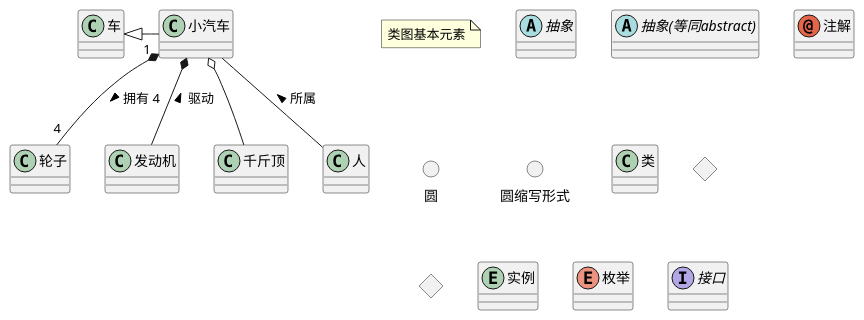
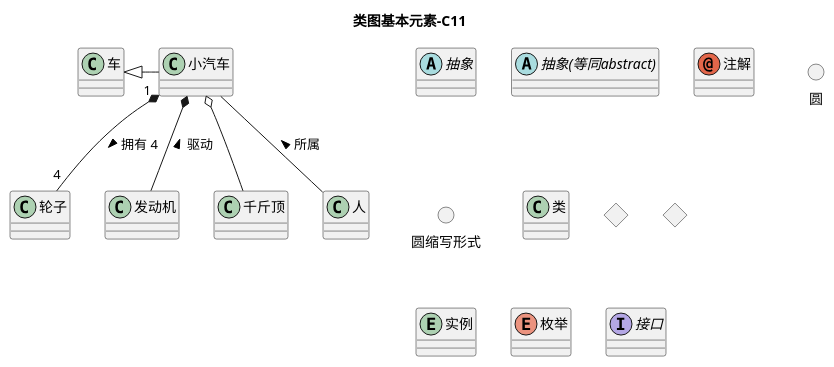
Before and after one commit to securitgithub/plantumlforvscode: the sixth of 24 diagrams in README.md, drawn with PlantUML. The commit also changed other lines of this file and 6 other files, not shown here.

````diff
--- a/README.md
+++ b/README.md
@@ -272,23 +273,23 @@
 ```plantuml
 @startuml
-note "类图基本元素" as C1
+title 类图基本元素-C11
 
 abstract        抽象
 abstract class  抽象(等同abstract)
 annotation      注解
 circle          圆
 ()              圆缩写形式
 class           类
 diamond         菱形
 <>              菱形写形式
 entity          实例
 enum            枚举
 interface       接口
 
 车  <|- 小汽车
 小汽车 "1" *-- "4" 轮子 : 拥有 4 >
 小汽车 *-- 发动机 : 驱动 <
 小汽车 o-- 千斤顶
 小汽车 -- 人 : < 所属
 @enduml
 ```
````
